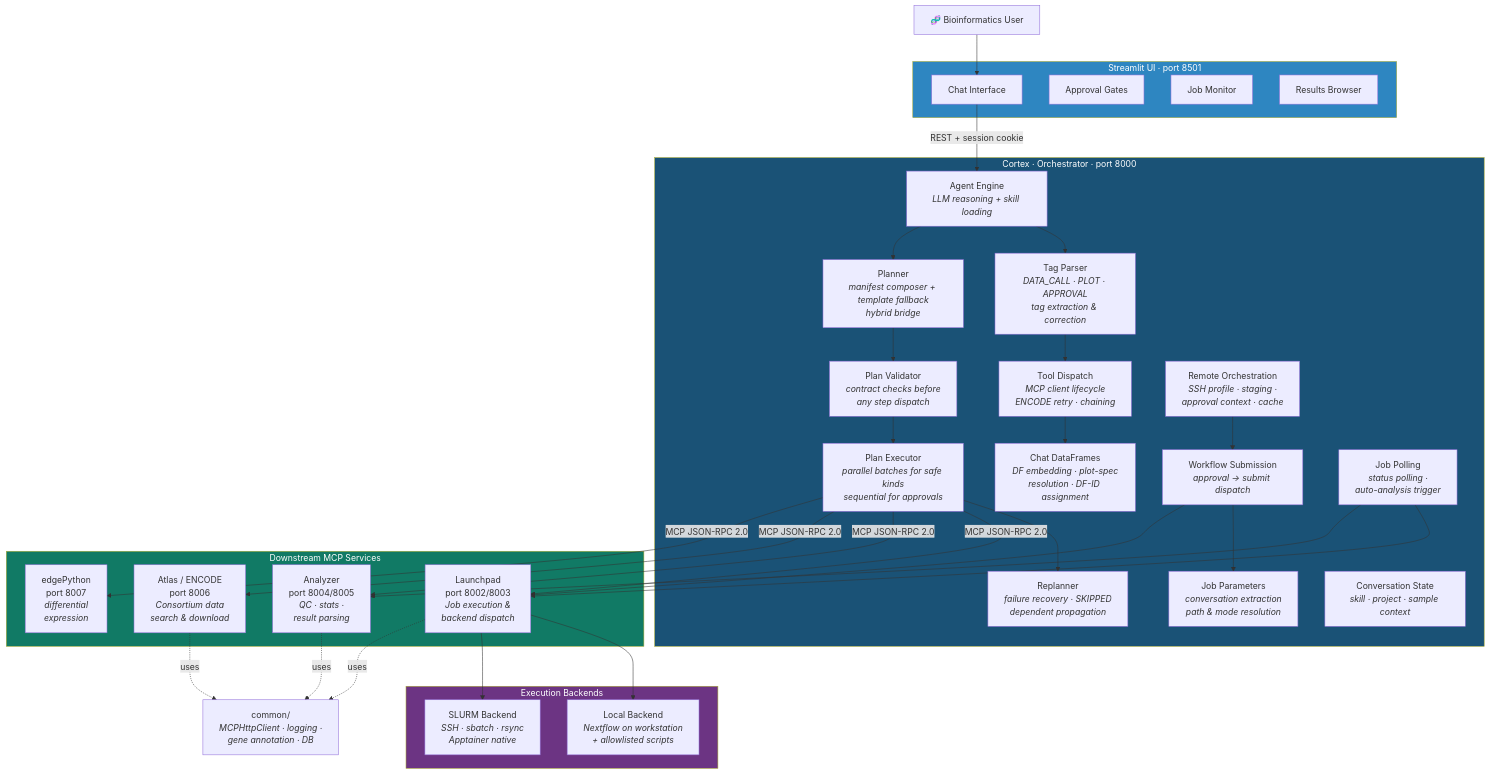
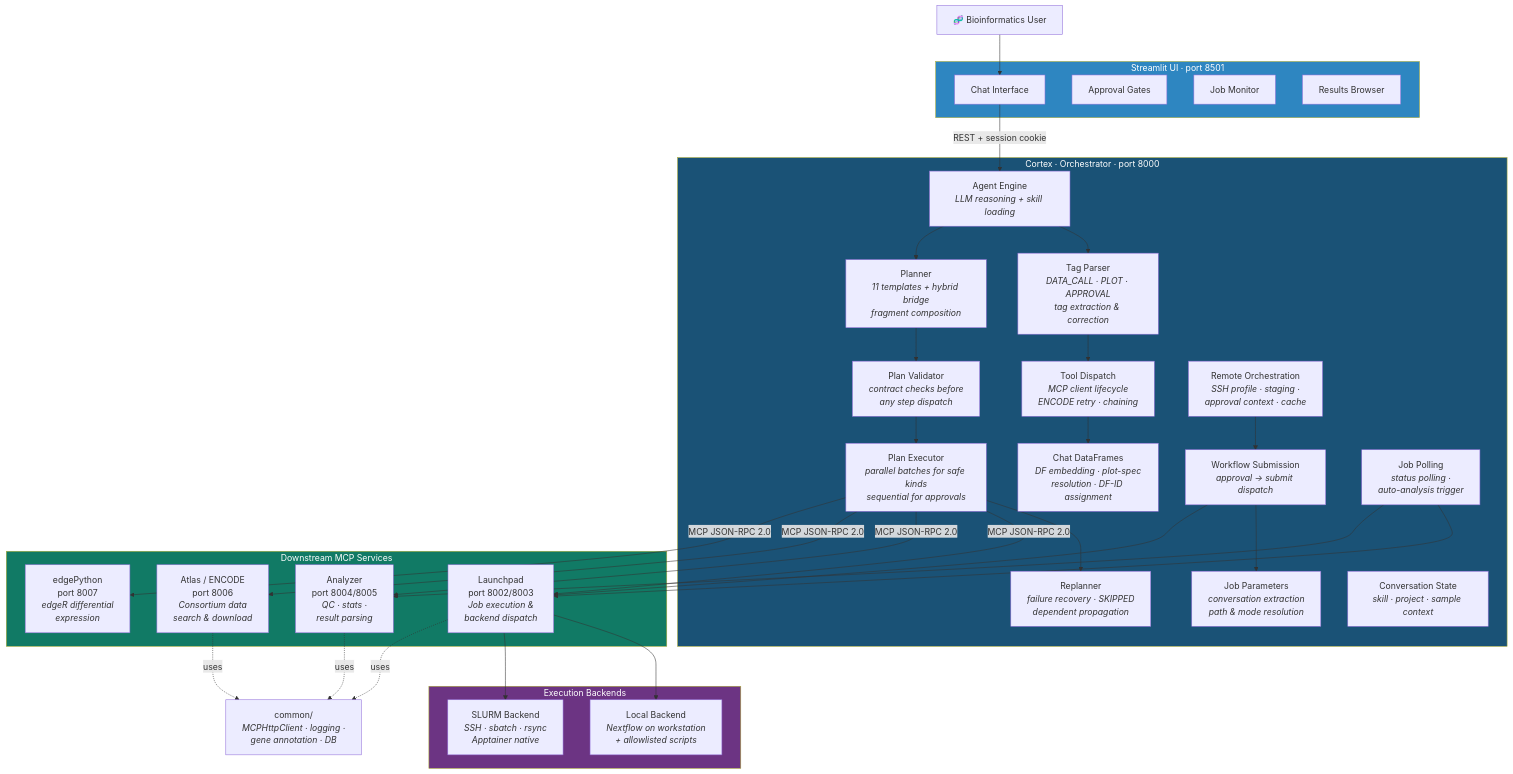
Before and after one commit to mortazavilab/agoutic: diagram 12 of 19 in docs/architecture_diagrams.md, drawn with Mermaid. The commit also changed other lines of this file and 16 other files, not shown here.

````diff
--- a/docs/architecture_diagrams.md
+++ b/docs/architecture_diagrams.md
@@ -18,66 +581,66 @@
 ```mermaid
 graph TB
     User["🧬 Bioinformatics User"]
 
     subgraph UI ["Streamlit UI · port 8501"]
         Chat["Chat Interface"]
         Approval["Approval Gates"]
         Monitor["Job Monitor"]
         Results["Results Browser"]
     end
 
     subgraph Cortex ["Cortex · Orchestrator · port 8000"]
         Agent["Agent Engine<br/><i>LLM reasoning + skill loading</i>"]
         TagParse["Tag Parser<br/><i>DATA_CALL · PLOT · APPROVAL<br/>tag extraction & correction</i>"]
         ToolDisp["Tool Dispatch<br/><i>MCP client lifecycle<br/>ENCODE retry · chaining</i>"]
         ChatDF["Chat DataFrames<br/><i>DF embedding · plot-spec<br/>resolution · DF-ID assignment</i>"]
-        Planner["Planner<br/><i>manifest composer + template fallback<br/>hybrid bridge</i>"]
+        Planner["Planner<br/><i>11 templates + hybrid bridge<br/>fragment composition</i>"]
         PlanVal["Plan Validator<br/><i>contract checks before<br/>any step dispatch</i>"]
         Executor["Plan Executor<br/><i>parallel batches for safe kinds<br/>sequential for approvals</i>"]
         Replanner["Replanner<br/><i>failure recovery · SKIPPED<br/>dependent propagation</i>"]
         RemoteOrch["Remote Orchestration<br/><i>SSH profile · staging ·<br/>approval context · cache</i>"]
         Submission["Workflow Submission<br/><i>approval → submit dispatch</i>"]
         JobParams["Job Parameters<br/><i>conversation extraction<br/>path & mode resolution</i>"]
         JobPoll["Job Polling<br/><i>status polling ·<br/>auto-analysis trigger</i>"]
         State["Conversation State<br/><i>skill · project · sample context</i>"]
     end
 
     subgraph Services ["Downstream MCP Services"]
         LP["Launchpad<br/>port 8002/8003<br/><i>Job execution &<br/>backend dispatch</i>"]
         AN["Analyzer<br/>port 8004/8005<br/><i>QC · stats ·<br/>result parsing</i>"]
         AT["Atlas / ENCODE<br/>port 8006<br/><i>Consortium data<br/>search & download</i>"]
-        EP["edgePython<br/>port 8007<br/><i>differential<br/>expression</i>"]
+        EP["edgePython<br/>port 8007<br/><i>edgeR differential<br/>expression</i>"]
     end
 
     subgraph Backends ["Execution Backends"]
         Local["Local Backend<br/><i>Nextflow on workstation<br/>+ allowlisted scripts</i>"]
         SLURM["SLURM Backend<br/><i>SSH · sbatch · rsync<br/>Apptainer native</i>"]
     end
 
     Common["common/<br/><i>MCPHttpClient · logging ·<br/>gene annotation · DB</i>"]
 
     User --> Chat
     Chat -->|"REST + session cookie"| Agent
     Agent --> TagParse --> ToolDisp --> ChatDF
     Agent --> Planner
     Planner --> PlanVal --> Executor
     Executor --> Replanner
     Executor -->|"MCP JSON-RPC 2.0"| LP
     Executor -->|"MCP JSON-RPC 2.0"| AN
     Executor -->|"MCP JSON-RPC 2.0"| AT
     Executor -->|"MCP JSON-RPC 2.0"| EP
     RemoteOrch --> Submission --> JobParams
     Submission --> LP
     JobPoll --> LP
     JobPoll --> AN
     LP --> Local
     LP --> SLURM
     LP -.->|uses| Common
     AN -.->|uses| Common
     AT -.->|uses| Common
 
     style Cortex fill:#1a5276,color:#fff
     style UI fill:#2e86c1,color:#fff
     style Services fill:#117a65,color:#fff
     style Backends fill:#6c3483,color:#fff
 ```
````
